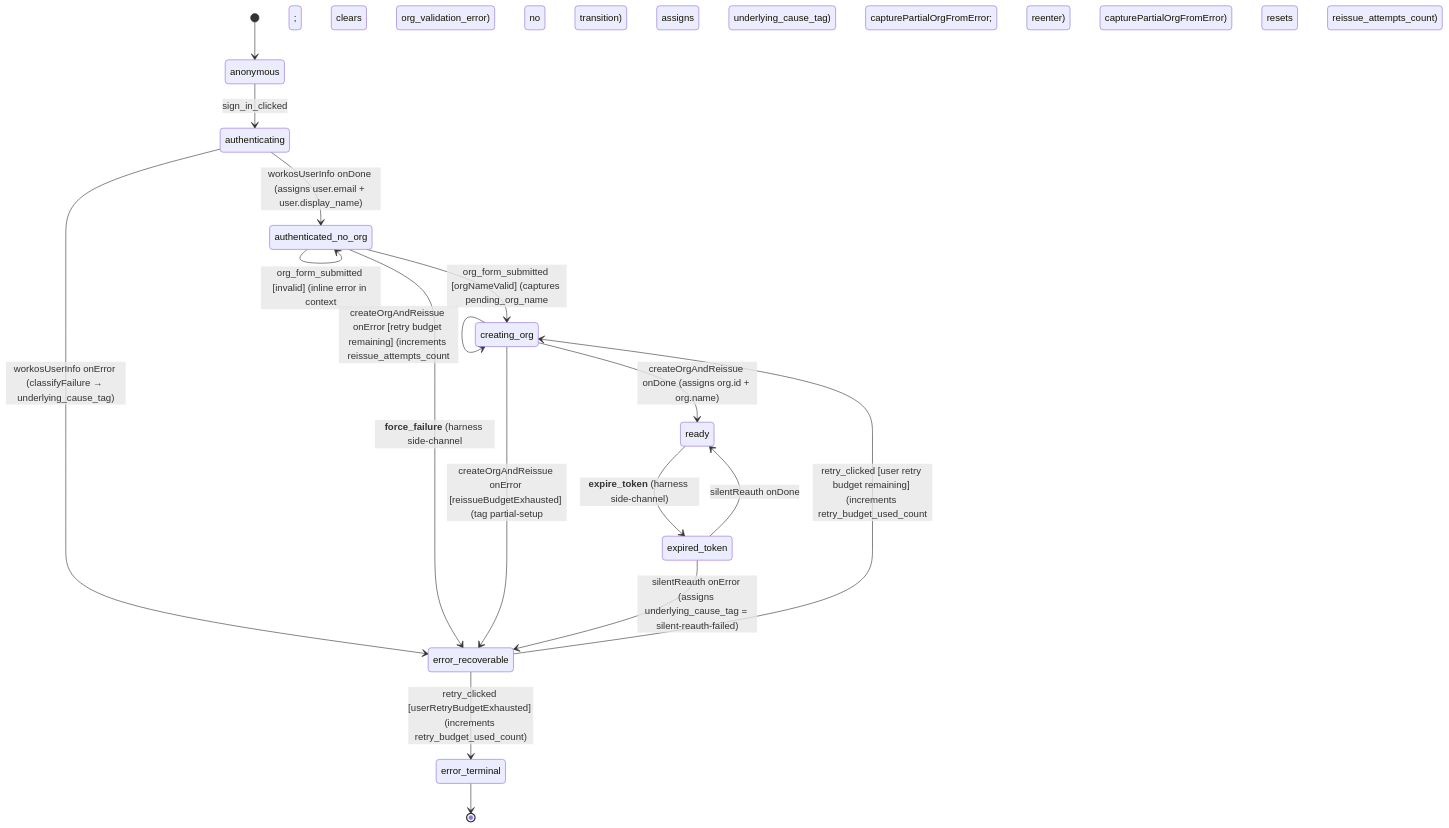
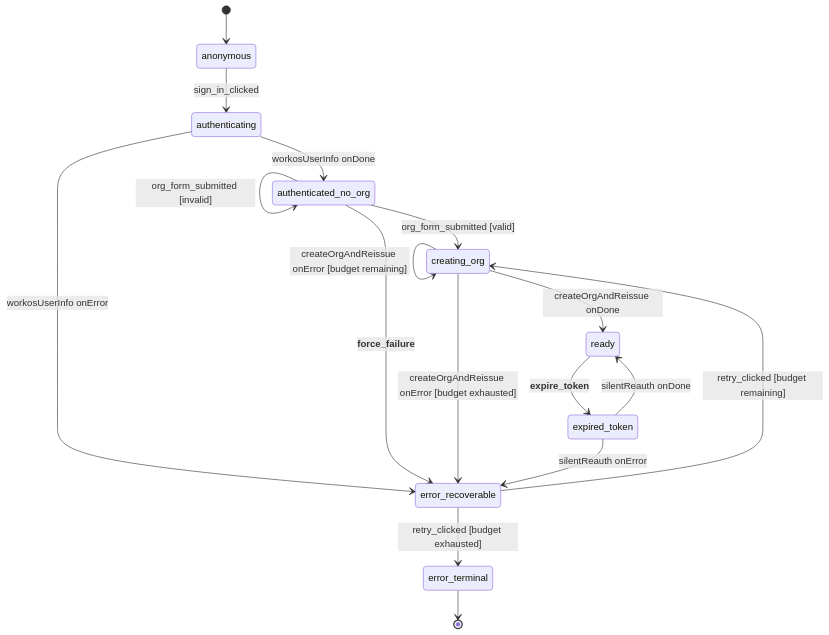
The diagram in ui-state/lib/machines/login-and-org-setup/README.md (jzallen/dashboard-chat), drawn with Mermaid before and after one commit. The commit also changed other lines of this file and 2 other files, not shown here.

````diff
--- a/ui-state/lib/machines/login-and-org-setup/README.md
+++ b/ui-state/lib/machines/login-and-org-setup/README.md
@@ -13,27 +17,34 @@
 ```mermaid
 stateDiagram-v2
+  %% Two error landing zones:
+  %%   error_recoverable  = user can click "Try again"; bounded retry budget
+  %%   error_terminal     = contact-support page; budget exhausted
+  %%
+  %% Transition labels are kept short here; side-effects
+  %% (context assignments, counter bumps) live in the States table.
+
   [*] --> anonymous
 
   anonymous --> authenticating: sign_in_clicked
 
-  authenticating --> authenticated_no_org: workosUserInfo onDone (assigns user.email + user.display_name)
-  authenticating --> error_recoverable: workosUserInfo onError (classifyFailure → underlying_cause_tag)
+  authenticating --> authenticated_no_org: workosUserInfo onDone
+  authenticating --> error_recoverable: workosUserInfo onError
 
-  authenticated_no_org --> creating_org: org_form_submitted [orgNameValid] (captures pending_org_name; clears org_validation_error)
-  authenticated_no_org --> authenticated_no_org: org_form_submitted [invalid] (inline error in context; no transition)
-  authenticated_no_org --> error_recoverable: __force_failure__ (harness side-channel; assigns underlying_cause_tag)
+  authenticated_no_org --> creating_org: org_form_submitted [valid]
+  authenticated_no_org --> authenticated_no_org: org_form_submitted [invalid]
+  authenticated_no_org --> error_recoverable: __force_failure__
 
-  creating_org --> ready: createOrgAndReissue onDone (assigns org.id + org.name)
-  creating_org --> creating_org: createOrgAndReissue onError [retry budget remaining] (increments reissue_attempts_count; capturePartialOrgFromError; reenter)
-  creating_org --> error_recoverable: createOrgAndReissue onError [reissueBudgetExhausted] (tag partial-setup; capturePartialOrgFromError)
+  creating_org --> ready: createOrgAndReissue onDone
+  creating_org --> creating_org: createOrgAndReissue onError [budget remaining]
+  creating_org --> error_recoverable: createOrgAndReissue onError [budget exhausted]
 
-  ready --> expired_token: __expire_token__ (harness side-channel)
+  ready --> expired_token: __expire_token__
 
   expired_token --> ready: silentReauth onDone
-  expired_token --> error_recoverable: silentReauth onError (assigns underlying_cause_tag = silent-reauth-failed)
+  expired_token --> error_recoverable: silentReauth onError
 
-  error_recoverable --> creating_org: retry_clicked [user retry budget remaining] (increments retry_budget_used_count; resets reissue_attempts_count)
-  error_recoverable --> error_terminal: retry_clicked [userRetryBudgetExhausted] (increments retry_budget_used_count)
+  error_recoverable --> creating_org: retry_clicked [budget remaining]
+  error_recoverable --> error_terminal: retry_clicked [budget exhausted]
 
   error_terminal --> [*]
 ```
````
